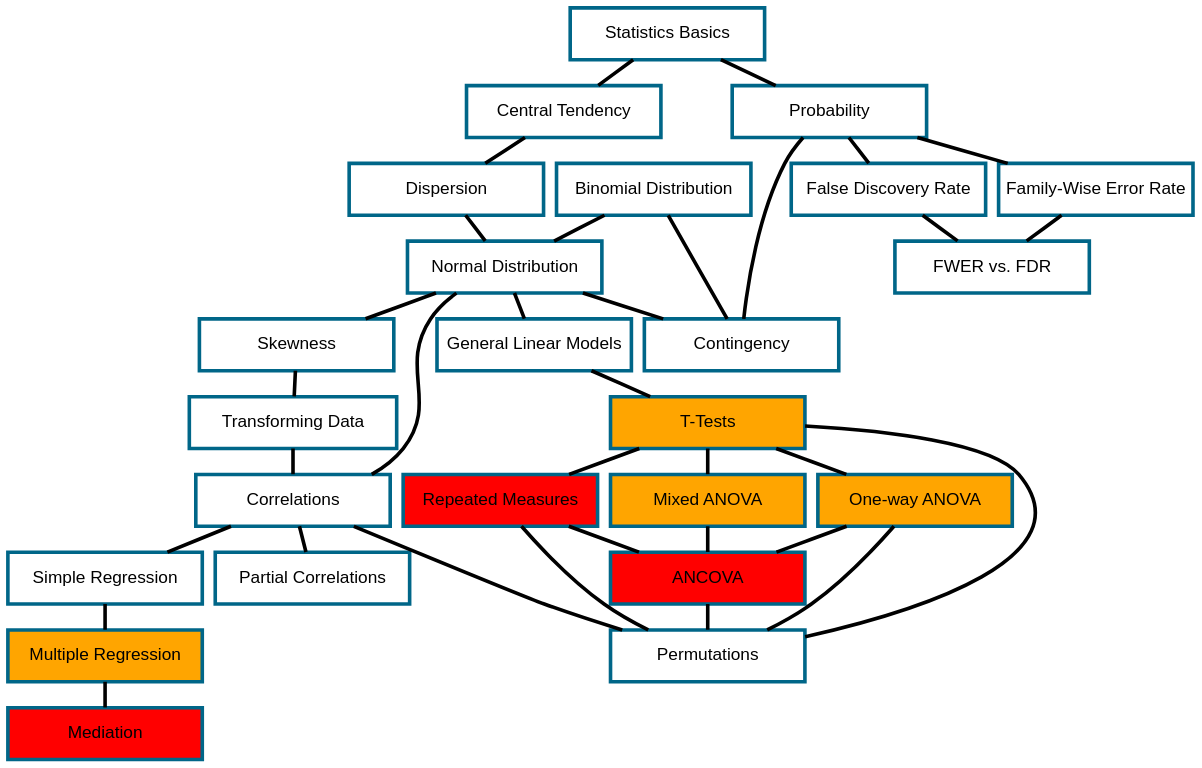
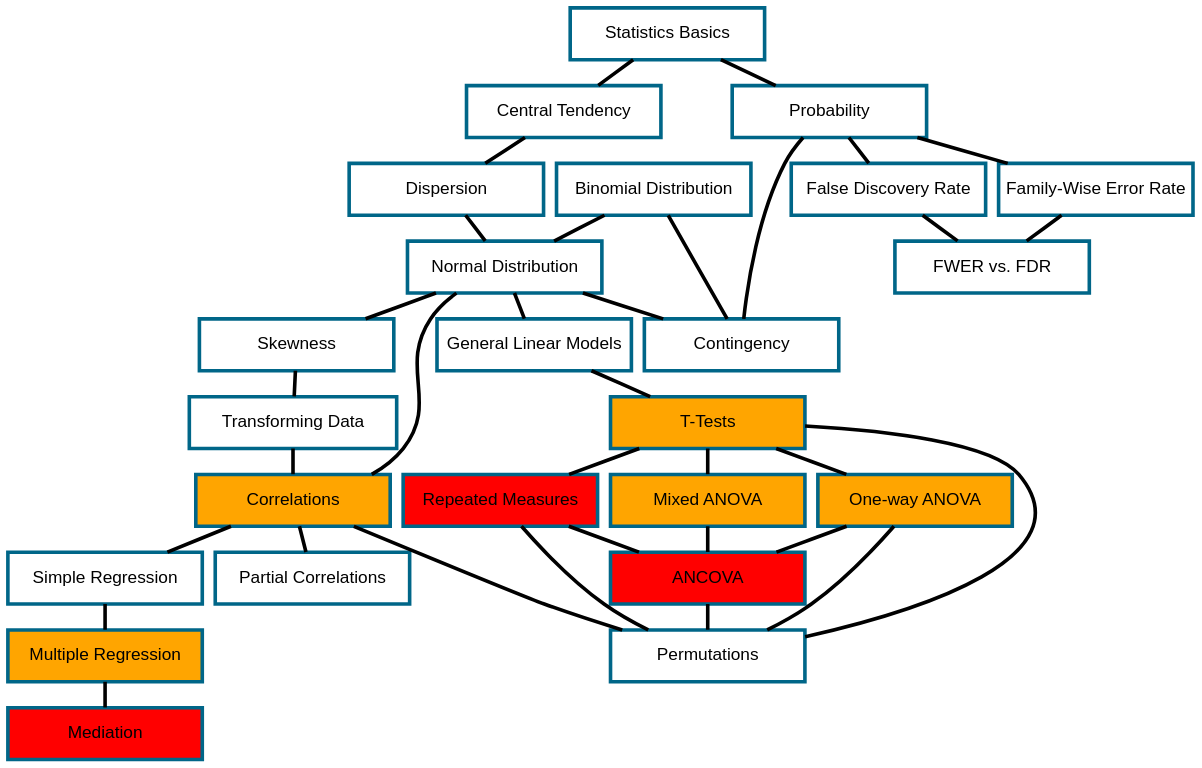
One commit to Reading-Psych/jast changed the diagram in overview.qmd. Above: the diagram before and after it, drawn with Graphviz. The commit also changed 77 other files, not shown here.

```diff
--- a/overview.qmd
+++ b/overview.qmd
@@ -79,7 +79,7 @@
 		correlations[
 		  URL = "../distributions/correlations.html",
 			fixedsize = true,
-			#row = func,
+			fillcolor = "orange",
 			label= "Correlations"
 		]
 		dispersion[
```
